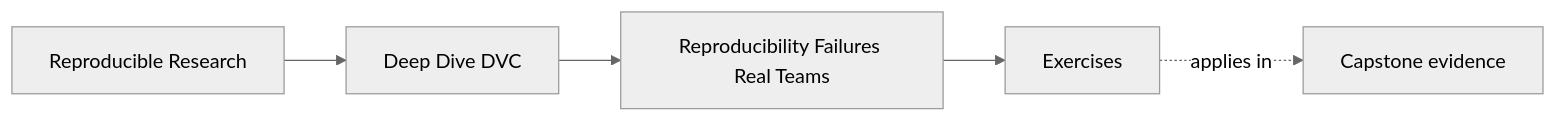
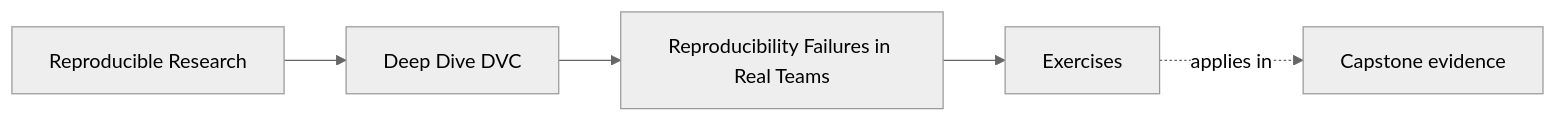
Before and after one commit to bijux/bijux-masterclass: the first of 2 diagrams in programs/reproducible-research/deep-dive-dvc/course-book/module-01-reproducibility-failures-real-teams/exercises.md, drawn with Mermaid (neutral theme). The commit also changed other lines of this file, not shown here.

````diff
--- a/programs/reproducible-research/deep-dive-dvc/course-book/module-01-reproducibility-failures-real-teams/exercises.md
+++ b/programs/reproducible-research/deep-dive-dvc/course-book/module-01-reproducibility-failures-real-teams/exercises.md
@@ -7,11 +6,11 @@
 ```mermaid
 graph LR
   family["Reproducible Research"]
   program["Deep Dive DVC"]
-  section["Reproducibility Failures Real Teams"]
+  section["Reproducibility Failures in Real Teams"]
   page["Exercises"]
   capstone["Capstone evidence"]
 
   family --> program --> section --> page
   page -.applies in.-> capstone
 ```
````
